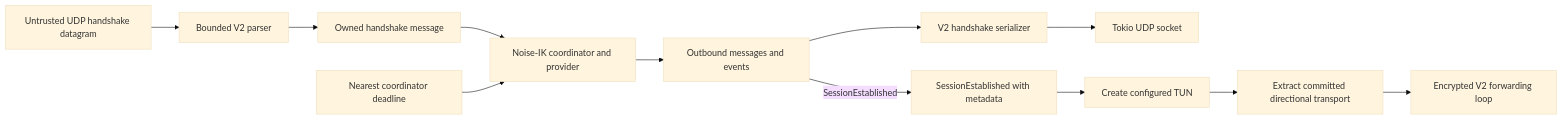
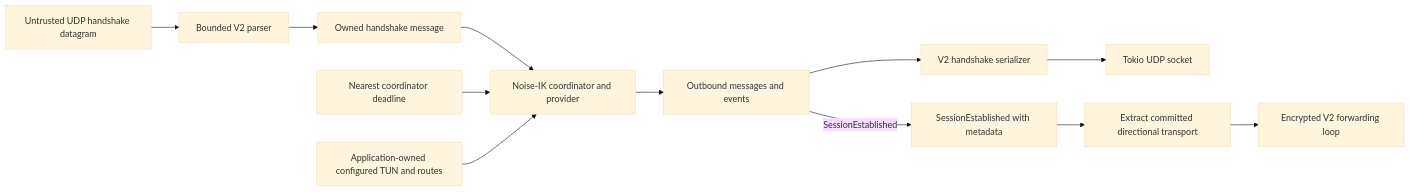
Before and after one commit to thiennguyen56/crabnet: the seventh of 10 diagrams in docs/diagrams.md, drawn with Mermaid (base theme). The commit also changed other lines of this file and 11 other files, not shown here.

````diff
--- a/docs/diagrams.md
+++ b/docs/diagrams.md
@@ -237,20 +237,21 @@
 ```mermaid
 flowchart LR
     Datagram[Untrusted UDP handshake datagram]
     Parser[Bounded V2 parser]
     Message[Owned handshake message]
     Coordinator[Noise-IK coordinator and provider]
     Report[Outbound messages and events]
     Serializer[V2 handshake serializer]
     Socket[Tokio UDP socket]
     Deadline[Nearest coordinator deadline]
     Established[SessionEstablished with metadata]
-    Tun[Create configured TUN]
+    Tun[Application-owned configured TUN and routes]
     Transport[Extract committed directional transport]
     DataRuntime[Encrypted V2 forwarding loop]
 
     Datagram --> Parser --> Message --> Coordinator --> Report --> Serializer --> Socket
     Deadline --> Coordinator
     Report -->|SessionEstablished| Established
-    Established --> Tun --> Transport --> DataRuntime
+    Tun --> Coordinator
+    Established --> Transport --> DataRuntime
 ```
````
